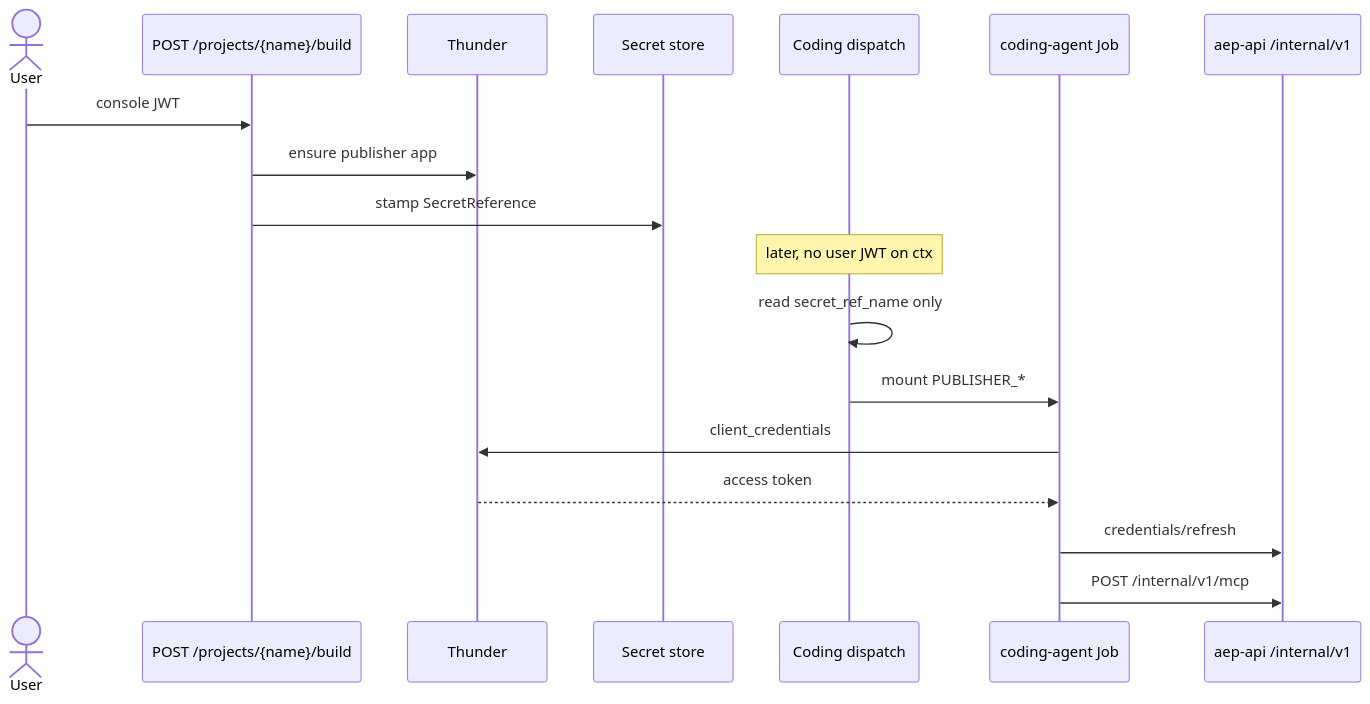
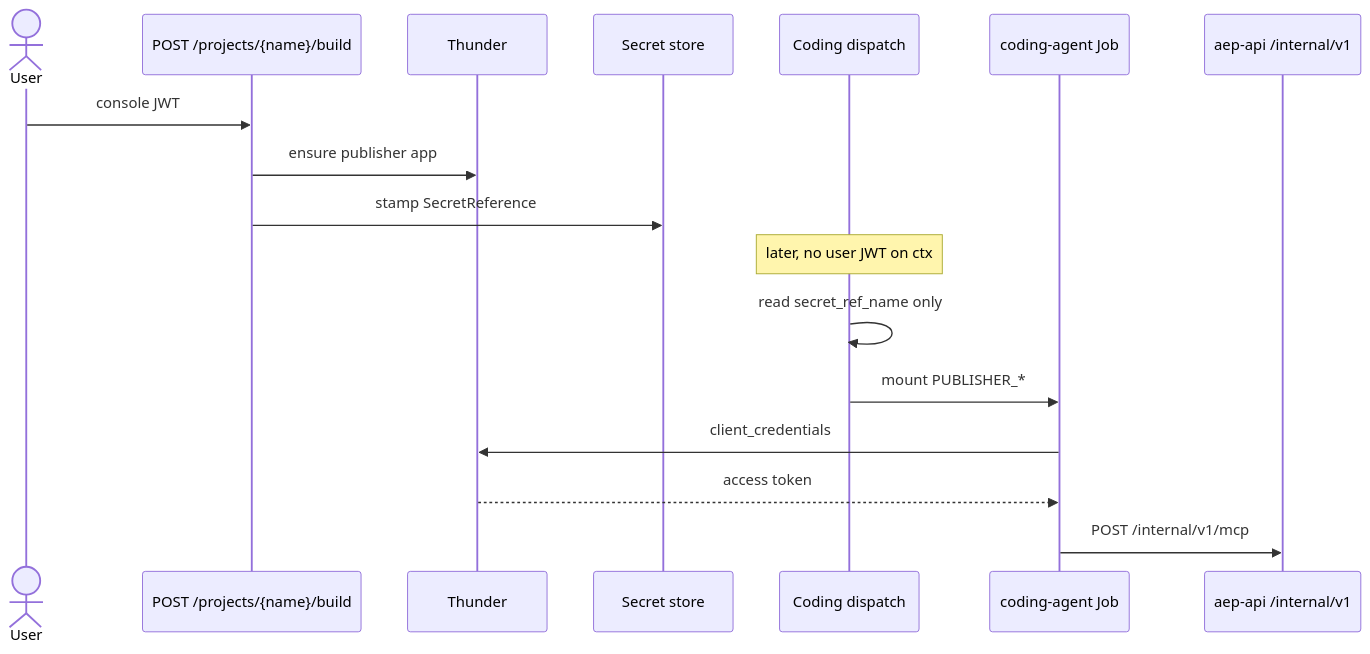
Before and after one commit to wso2/labs-agentic-engineer: the first of 3 diagrams in services/aep-api/internal/delivery/codingagent/design/oc-job-dispatch.md, drawn with Mermaid. The commit also changed other lines of this file and 63 other files, not shown here.

Commit message:
feat(coding-run): remove credentials/refresh; the Job's mounted gitpat is the only git credential

````diff
--- a/services/aep-api/internal/delivery/codingagent/design/oc-job-dispatch.md
+++ b/services/aep-api/internal/delivery/codingagent/design/oc-job-dispatch.md
@@ -54,21 +54,20 @@
 ```mermaid
 sequenceDiagram
   actor User
   participant Build as POST /projects/{name}/build
   participant Thunder
   participant Store as Secret store
   participant Dispatch as Coding dispatch
   participant Job as coding-agent Job
   participant API as aep-api /internal/v1
 
   User->>Build: console JWT
   Build->>Thunder: ensure publisher app
   Build->>Store: stamp SecretReference
   Note over Dispatch: later, no user JWT on ctx
   Dispatch->>Dispatch: read secret_ref_name only
   Dispatch->>Job: mount PUBLISHER_*
   Job->>Thunder: client_credentials
   Thunder-->>Job: access token
-  Job->>API: credentials/refresh
   Job->>API: POST /internal/v1/mcp
 ```
````
